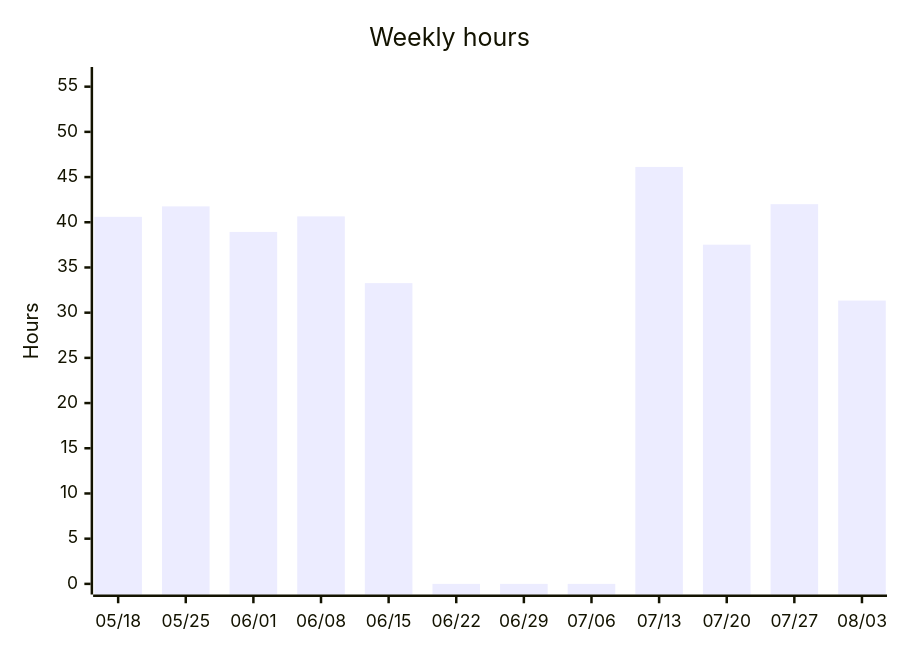
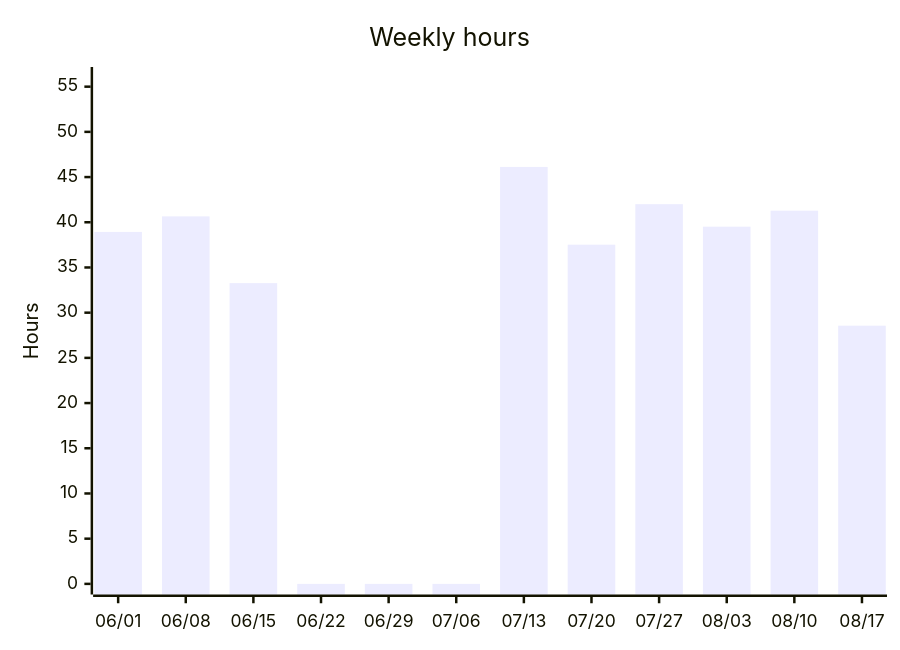
Before and after one commit to albinforsberg-netizen/timeclock: the third of 5 diagrams in README.org, drawn with Mermaid. The commit also changed other lines of this file, not shown here.

```diff
--- a/README.org
+++ b/README.org
@@ -107,7 +108,7 @@
 #+begin_src mermaid
 xychart-beta
     title "Weekly hours"
-    x-axis ["05/18", "05/25", "06/01", "06/08", "06/15", "06/22", "06/29", "07/06", "07/13", "07/20", "07/27", "08/03"]
+    x-axis ["06/01", "06/08", "06/15", "06/22", "06/29", "07/06", "07/13", "07/20", "07/27", "08/03", "08/10", "08/17"]
     y-axis "Hours" 0 --> 56
-    bar [40.60, 41.76, 38.93, 40.65, 33.27, 0.00, 0.00, 0.00, 46.12, 37.52, 42.00, 31.34]
+    bar [38.93, 40.65, 33.27, 0.00, 0.00, 0.00, 46.12, 37.52, 42.00, 39.51, 41.28, 28.56]
 #+end_src
```
